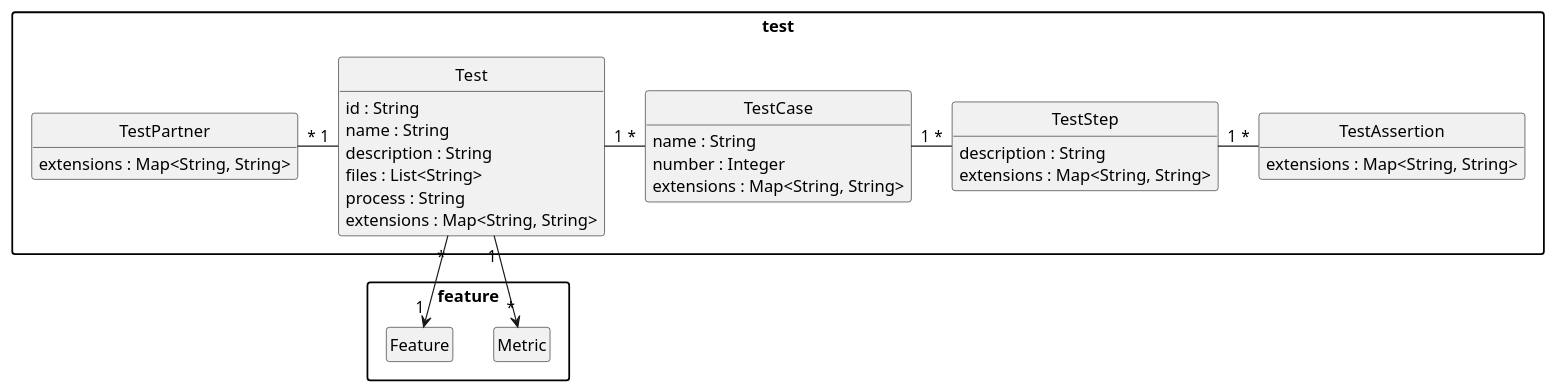
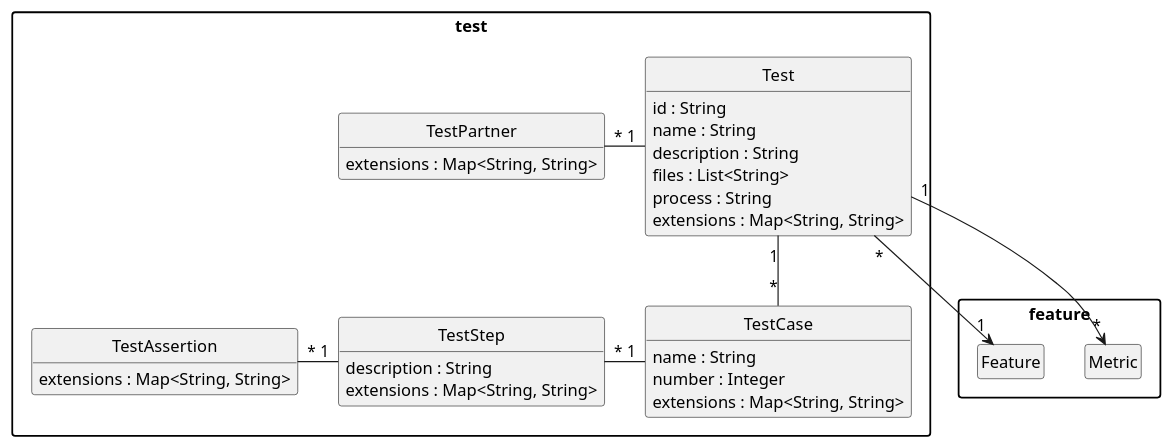
The diagram in pebl/doc/benchmark-test.puml (uniba-dsg/betsy), drawn with PlantUML before and after one commit. The commit also changed 28 other files, not shown here.

```diff
--- a/pebl/doc/benchmark-test.puml
+++ b/pebl/doc/benchmark-test.puml
@@ -1,58 +1,58 @@
 @startuml
 package "feature" {
 
 	class Metric {
 	}
 
 	class Feature {
 	}
 
 }
 
 package "test" {
 
 	class Test {
 	  id : String
 	  name : String
 	  description : String
 	  files : List<String>
 	  process : String
 extensions : Map<String, String>
 	}
 
 	class TestAssertion {
 	extensions : Map<String, String>
 	}
 
 	class TestStep {
 	  description : String
 	  extensions : Map<String, String>
 	}
 
 	class TestCase {
 	  name : String
 	  number : Integer
 	  extensions : Map<String, String>
 	}
 
 	class TestPartner {
 	 extensions : Map<String, String>
 	}
 
 }
 
 Test "*" -down-> "1" Feature
 Test "1" -> "*" Metric
 Test "1" -left- "*" TestPartner
-Test "1" - "*" TestCase
-TestCase "1" - "*" TestStep
-TestStep "1" - "*" TestAssertion
+Test "1" -down- "*" TestCase
+TestCase "1" -left- "*" TestStep
+TestStep "1" -left "*" TestAssertion
 
 hide empty members
 hide empty methods
 hide circle
 
 skinparam monochrome true
 skinparam shadowing false
 skinparam packageStyle rect
 @enduml
```
